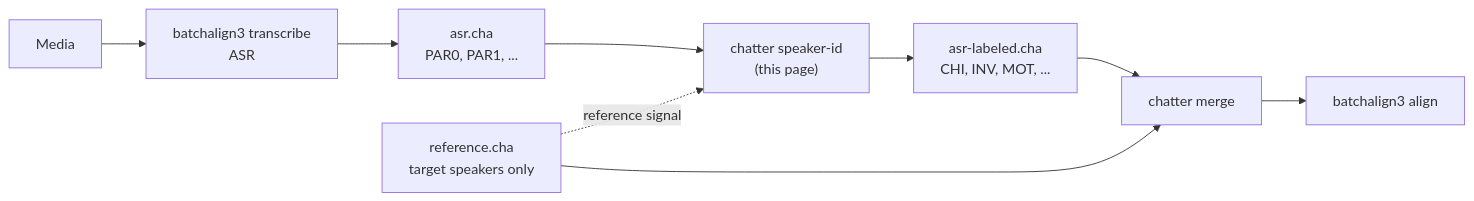
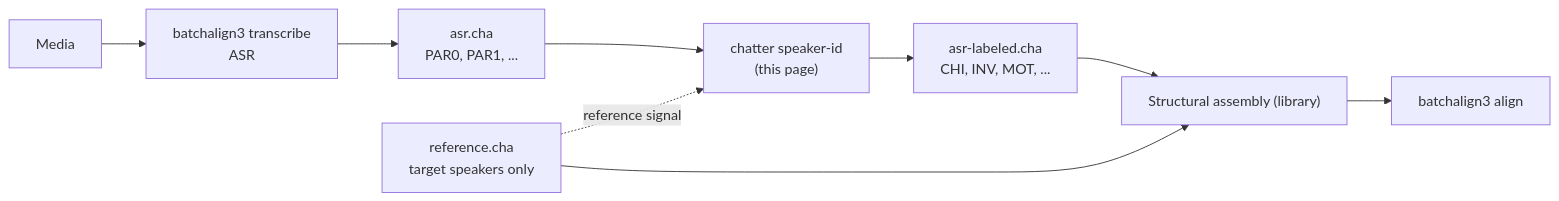
Before and after one commit to TalkBank/chatter: the diagram in book/src/chatter/user-guide/speaker-id.md, drawn with Mermaid. The commit also changed other lines of this file and 1236 other files, not shown here.

````diff
--- a/book/src/chatter/user-guide/speaker-id.md
+++ b/book/src/chatter/user-guide/speaker-id.md
@@ -31,11 +31,11 @@
 ```mermaid
 flowchart LR
     Media --> Transcribe
     Transcribe["batchalign3 transcribe<br/>ASR"] --> AsrAnon["asr.cha<br/>PAR0, PAR1, ..."]
     Ref["reference.cha<br/>target speakers only"] -.->|reference signal| SpkId
     AsrAnon --> SpkId
     SpkId["chatter speaker-id<br/>(this page)"] --> AsrLabeled["asr-labeled.cha<br/>CHI, INV, MOT, ..."]
-    AsrLabeled --> Merge["chatter merge"]
+    AsrLabeled --> Merge["Structural assembly (library)"]
     Ref --> Merge
     Merge --> Aligned["batchalign3 align"]
 ```
````
